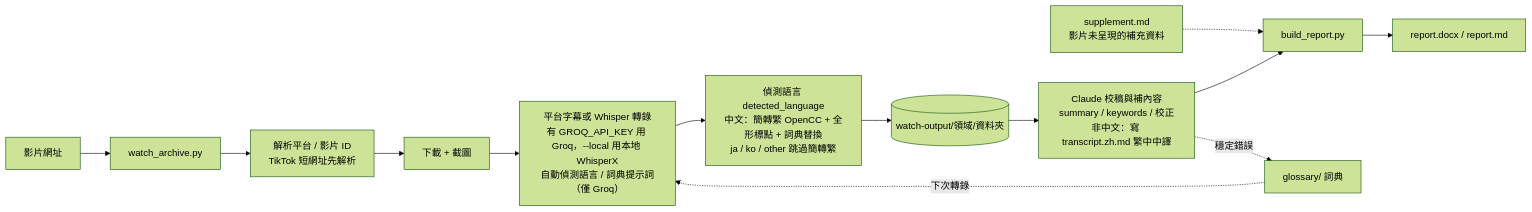
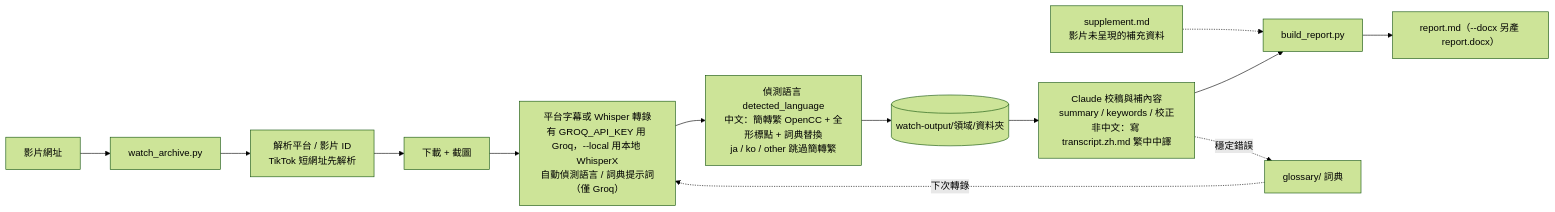
One commit to smlht2005/watch-video changed the diagram in README.md. Above: the diagram before and after it, drawn with Mermaid (forest theme). The commit also changed other lines of this file and 11 other files, not shown here.

````diff
--- a/README.md
+++ b/README.md
@@ -36,15 +36,15 @@
 ```mermaid
 flowchart LR
     A[影片網址] --> B[watch_archive.py]
     B --> B1[解析平台 / 影片 ID<br/>TikTok 短網址先解析]
     B1 --> B2[下載 + 截圖]
     B2 --> B3[平台字幕或 Whisper 轉錄<br/>有 GROQ_API_KEY 用 Groq，--local 用本地 WhisperX<br/>自動偵測語言 / 詞典提示詞（僅 Groq）]
     B3 --> B4[偵測語言 detected_language<br/>中文：簡轉繁 OpenCC + 全形標點 + 詞典替換<br/>ja / ko / other 跳過簡轉繁]
     B4 --> C[(watch-output/領域/資料夾)]
     C --> D[Claude 校稿與補內容<br/>summary / keywords / 校正<br/>非中文：寫 transcript.zh.md 繁中中譯]
     S[supplement.md<br/>影片未呈現的補充資料] -.-> E
     D --> E[build_report.py]
-    E --> F[report.docx / report.md]
+    E --> F[report.md（--docx 另產 report.docx）]
     D -. 穩定錯誤 .-> G[glossary/ 詞典]
     G -. 下次轉錄 .-> B3
 ```
````
